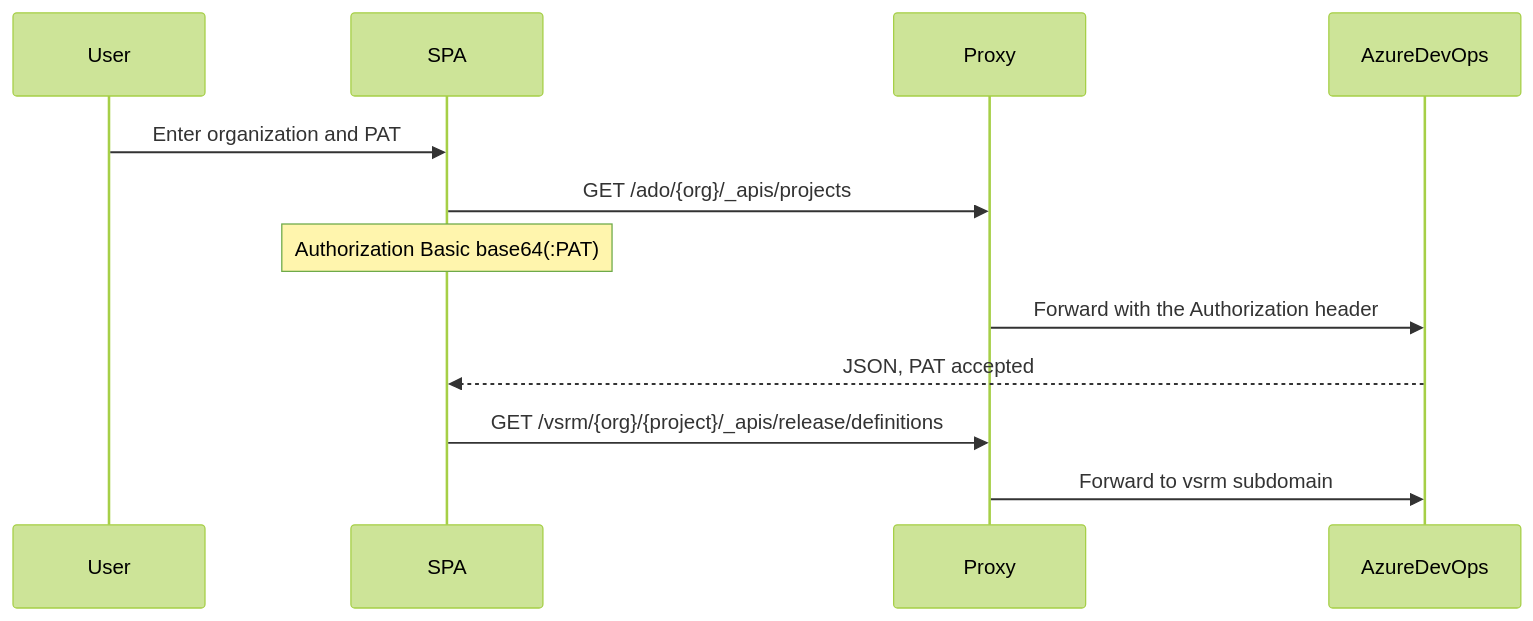
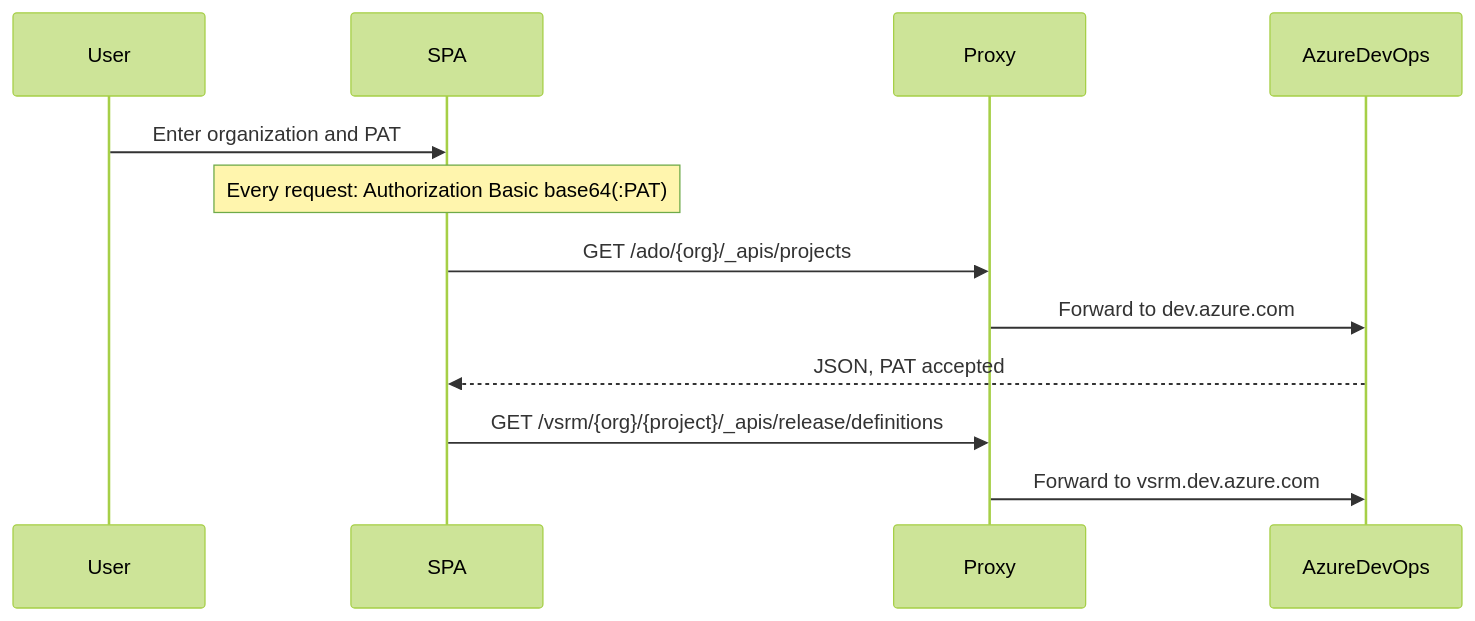
Before and after one commit to nishantxrana/tooldock: the second of 2 diagrams in README.md, drawn with Mermaid (forest theme). The commit also changed other lines of this file and 32 other files, not shown here.

````diff
--- a/README.md
+++ b/README.md
@@ -95,14 +97,14 @@
 ```mermaid
 sequenceDiagram
   participant User
   participant SPA
   participant Proxy
   participant ADO as AzureDevOps
   User->>SPA: Enter organization and PAT
+  Note over SPA: Every request: Authorization Basic base64(:PAT)
   SPA->>Proxy: GET /ado/{org}/_apis/projects
-  Note over SPA: Authorization Basic base64(:PAT)
-  Proxy->>ADO: Forward with the Authorization header
+  Proxy->>ADO: Forward to dev.azure.com
   ADO-->>SPA: JSON, PAT accepted
   SPA->>Proxy: GET /vsrm/{org}/{project}/_apis/release/definitions
-  Proxy->>ADO: Forward to vsrm subdomain
+  Proxy->>ADO: Forward to vsrm.dev.azure.com
 ```
````
